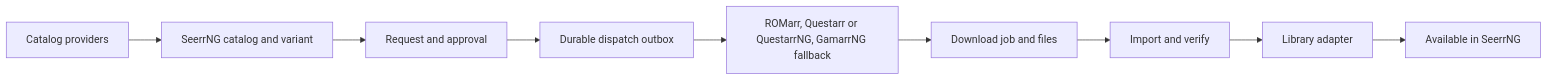
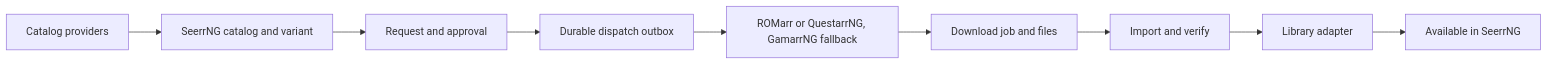
One commit to snapetech/seerrng changed the diagram in docs/maintainers/software-acquisition-plan.md. Above: the diagram before and after it, drawn with Mermaid. The commit also changed other lines of this file, not shown here.

````diff
--- a/docs/maintainers/software-acquisition-plan.md
+++ b/docs/maintainers/software-acquisition-plan.md
@@ -103,11 +103,11 @@
 ```mermaid
 flowchart LR
     C[Catalog providers] --> S[SeerrNG catalog and variant]
     S --> R[Request and approval]
     R --> O[Durable dispatch outbox]
-    O --> A[ROMarr, Questarr or QuestarrNG, GamarrNG fallback]
+    O --> A[ROMarr or QuestarrNG, GamarrNG fallback]
     A --> D[Download job and files]
     D --> L[Import and verify]
     L --> I[Library adapter]
     I --> U[Available in SeerrNG]
 ```
````
